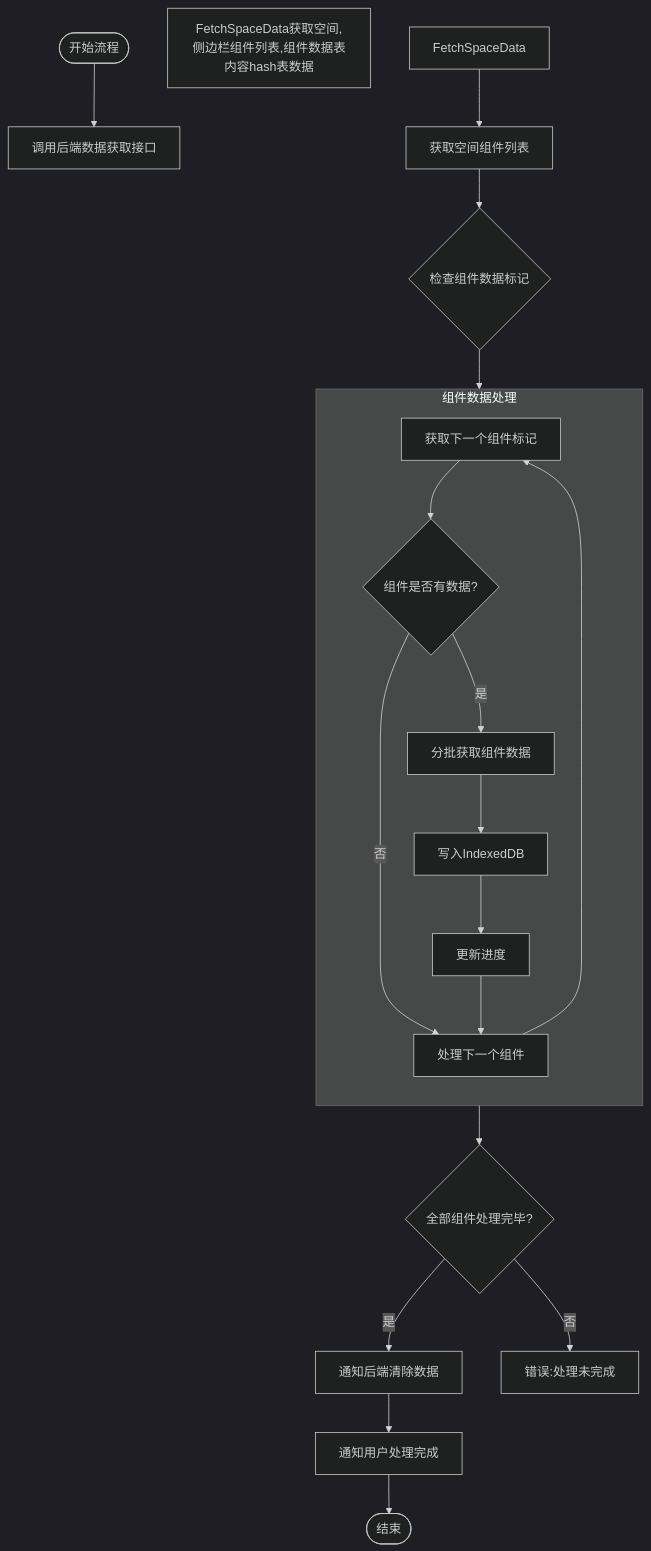
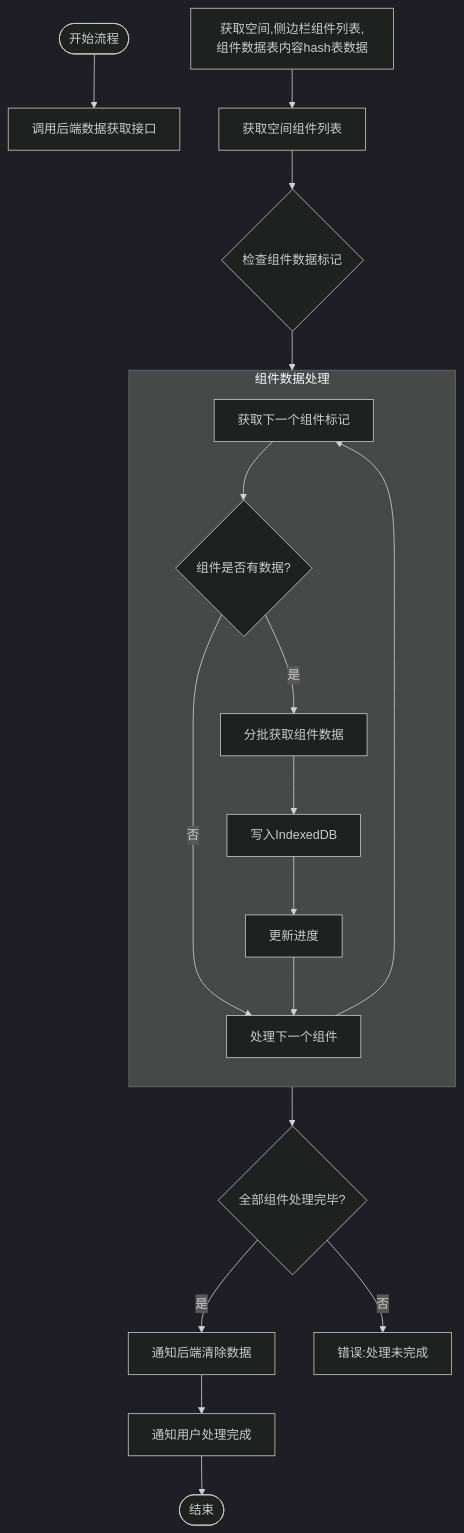
The diagram in all/未命名-59.md (yingjianzh/iodraw-files), drawn with Mermaid (dark theme) before and after one commit.

Commit message:
2025-05-14 14:48:23 update

````diff
--- a/all/未命名-59.md
+++ b/all/未命名-59.md
@@ -1,29 +1,29 @@
 ```mermaid
 
 flowchart TD
     Start([开始流程]) --> FetchData[调用后端数据获取接口]
-    FetchSpaceData获取空间,侧边栏组件列表,组件数据表内容hash表数据
+    FetchSpaceData[获取空间,侧边栏组件列表,组件数据表内容hash表数据]
     FetchSpaceData --> FetchComponentList[获取空间组件列表]
     FetchComponentList --> CheckComponentData{检查组件数据标记}
     
     subgraph ComponentProcess [组件数据处理]
         direction TB
         A[获取下一个组件标记] --> B{组件是否有数据?}
         B -->|否| NextComponent[处理下一个组件]
         B -->|是| C[分批获取组件数据]
         C --> D[写入IndexedDB]
         D --> UpdateProgress[更新进度]
         UpdateProgress --> NextComponent
         NextComponent --> A
     end
     
     CheckComponentData --> ComponentProcess
     ComponentProcess --> AllComponentsProcessed{全部组件处理完毕?}
     
     AllComponentsProcessed -->|是| ClearServerData[通知后端清除数据]
     AllComponentsProcessed -->|否| Error3[错误:处理未完成]
     
     ClearServerData --> CompletionNotification[通知用户处理完成]
     CompletionNotification --> End([结束])
 
 ```
````
